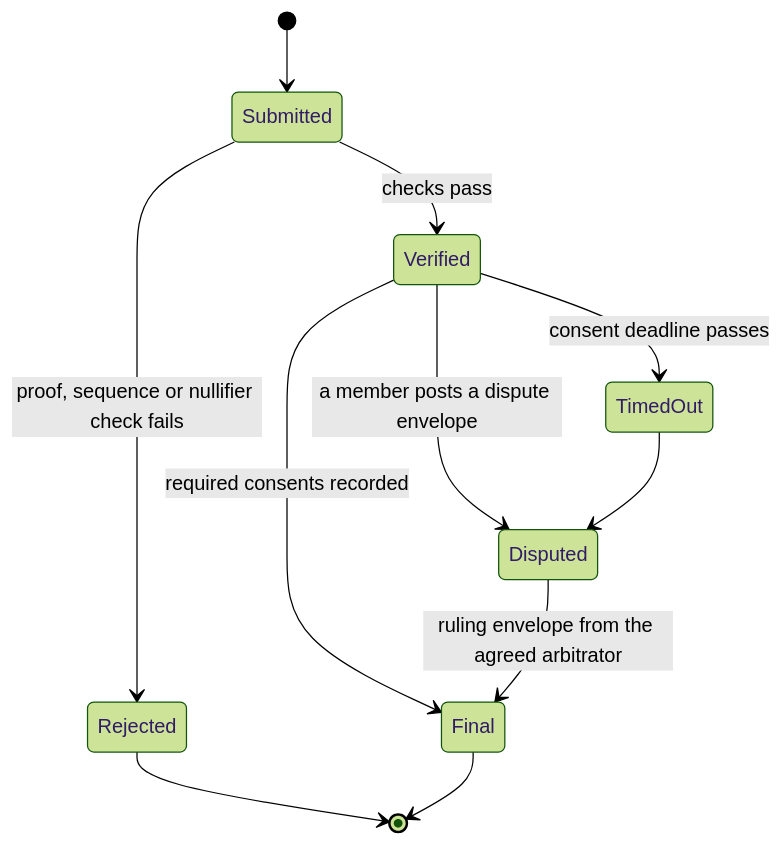
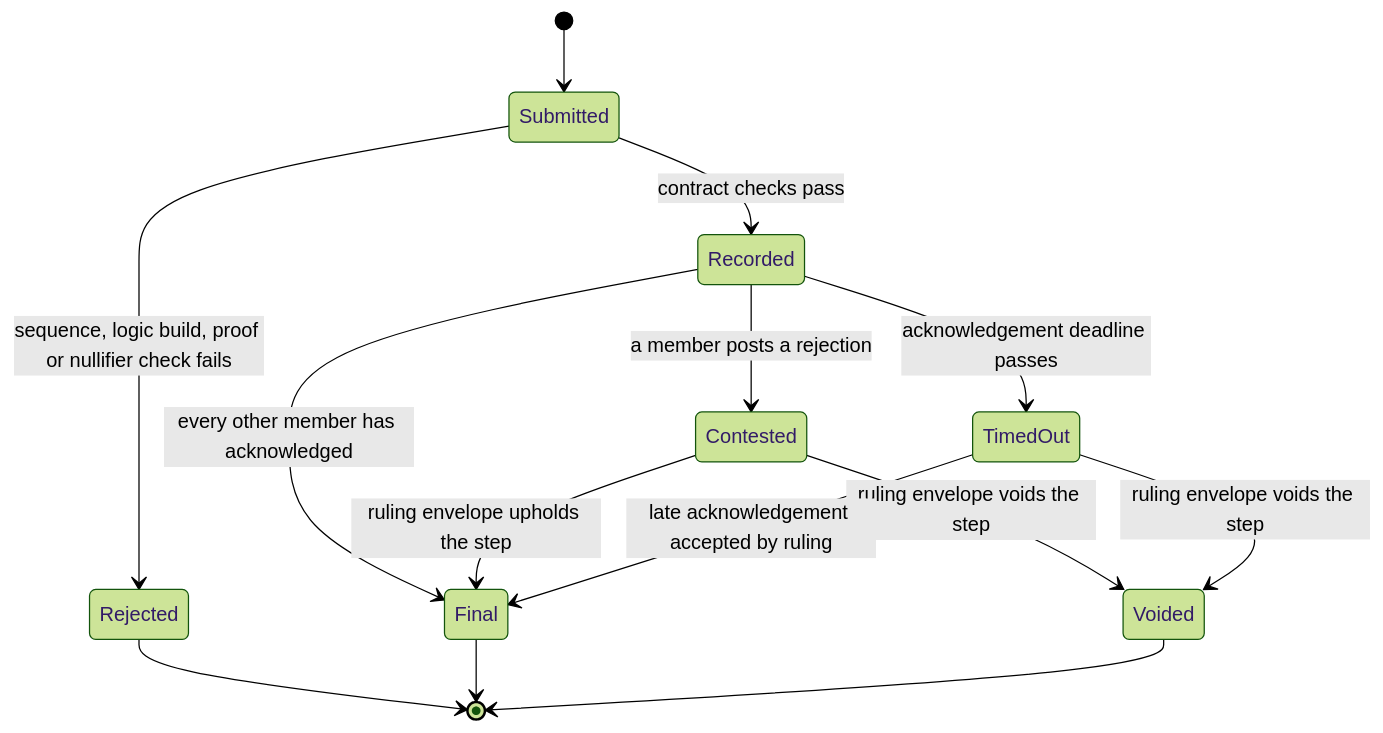
One commit to finos-hack/cdm-collateral changed the sixth of 9 diagrams in docs/architecture/onchain-privacy.md. Above: the diagram before and after it, drawn with Mermaid (forest theme). The commit also changed other lines of this file, not shown here.

First line of the commit message:
docs: onchain-privacy revised to the selective-proof design

````diff
--- a/docs/architecture/onchain-privacy.md
+++ b/docs/architecture/onchain-privacy.md
@@ -433,13 +470,16 @@
 ```mermaid
 stateDiagram-v2
   [*] --> Submitted
-  Submitted --> Rejected: proof, sequence or nullifier check fails
-  Submitted --> Verified: checks pass
-  Verified --> Final: required consents recorded
-  Verified --> TimedOut: consent deadline passes
-  Verified --> Disputed: a member posts a dispute envelope
-  TimedOut --> Disputed
-  Disputed --> Final: ruling envelope from the agreed arbitrator
+  Submitted --> Rejected: sequence, logic build, proof or nullifier check fails
+  Submitted --> Recorded: contract checks pass
+  Recorded --> Final: every other member has acknowledged
+  Recorded --> Contested: a member posts a rejection
+  Recorded --> TimedOut: acknowledgement deadline passes
+  Contested --> Final: ruling envelope upholds the step
+  Contested --> Voided: ruling envelope voids the step
+  TimedOut --> Final: late acknowledgement accepted by ruling
+  TimedOut --> Voided: ruling envelope voids the step
   Rejected --> [*]
   Final --> [*]
+  Voided --> [*]
 ```
````
